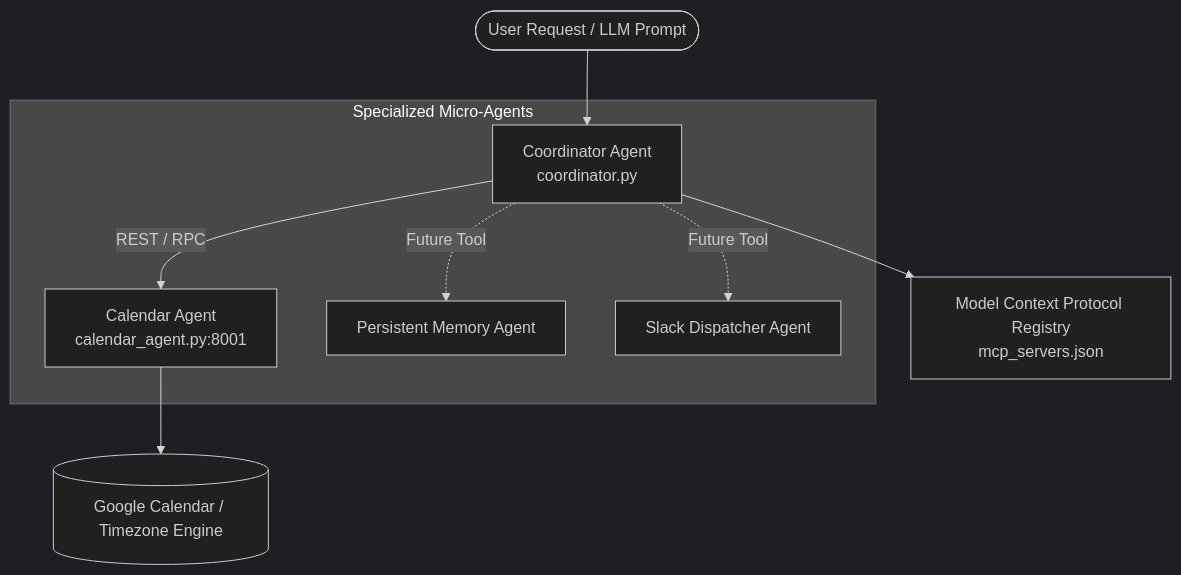
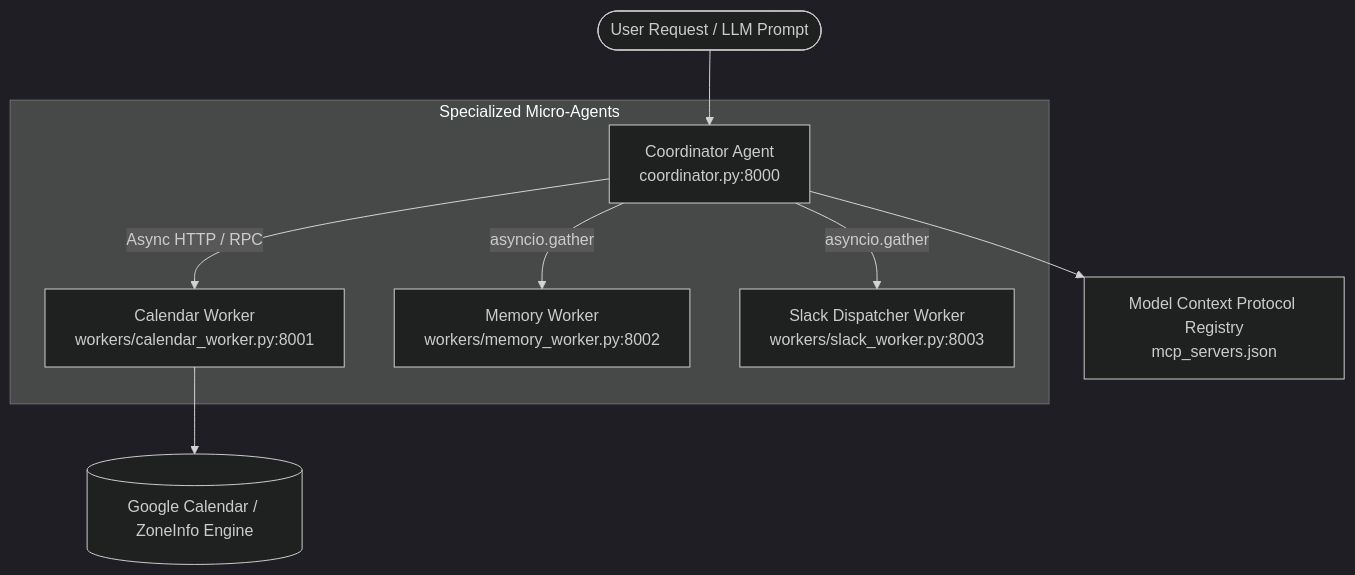
The diagram in README.md (NexosAILab/multi-agent-mcp-starter), drawn with Mermaid (dark theme) before and after one commit. The commit also changed other lines of this file and 6 other files, not shown here.

Commit message:
feat: complete micro-agent architecture with workers, tests, and asyncio coordinator

````diff
--- a/README.md
+++ b/README.md
@@ -19,13 +20,13 @@
 ```mermaid
 flowchart TD
-    User([User Request / LLM Prompt]) --> Coordinator[Coordinator Agent\ncoordinator.py]
+    User([User Request / LLM Prompt]) --> Coordinator[Coordinator Agent\ncoordinator.py:8000]
     Coordinator --> MCP[Model Context Protocol Registry\nmcp_servers.json]
     
     subgraph Specialized Micro-Agents
-        Coordinator -->|REST / RPC| CalAgent[Calendar Agent\ncalendar_agent.py:8001]
-        Coordinator -.->|Future Tool| MemoryAgent[Persistent Memory Agent]
-        Coordinator -.->|Future Tool| SlackAgent[Slack Dispatcher Agent]
+        Coordinator -->|Async HTTP / RPC| CalWorker[Calendar Worker\nworkers/calendar_worker.py:8001]
+        Coordinator -->|asyncio.gather| MemWorker[Memory Worker\nworkers/memory_worker.py:8002]
+        Coordinator -->|asyncio.gather| SlackWorker[Slack Dispatcher Worker\nworkers/slack_worker.py:8003]
     end
 
-    CalAgent --> GoogleCal[(Google Calendar / Timezone Engine)]
+    CalWorker --> GoogleCal[(Google Calendar / ZoneInfo Engine)]
 ```
````
